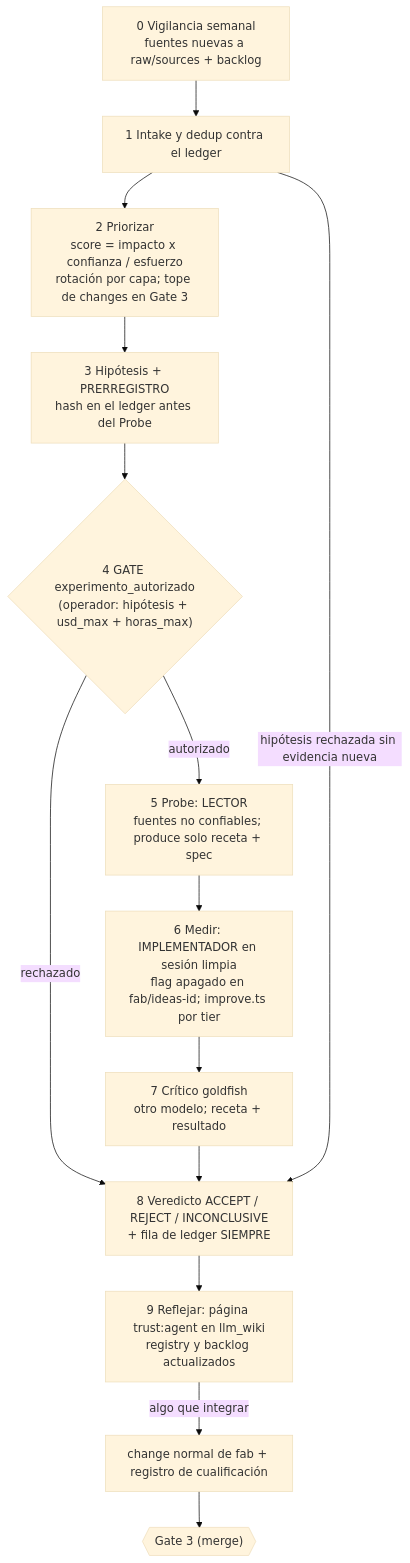
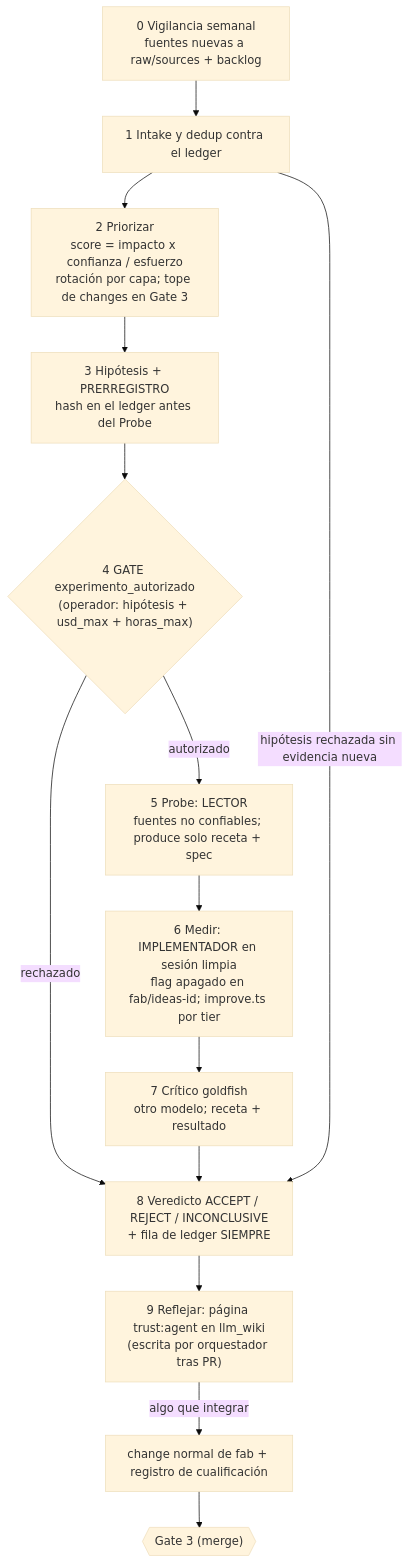
Before and after one commit to DarkCodePE/sw-factory: the second of 3 diagrams in techdocs/docs/investigacion/00-blueprint.md, drawn with Mermaid (base theme). The commit also changed other lines of this file and 10 other files, not shown here.

````diff
--- a/techdocs/docs/investigacion/00-blueprint.md
+++ b/techdocs/docs/investigacion/00-blueprint.md
@@ -65,18 +66,18 @@
 ```mermaid
 flowchart TD
     S0["0 Vigilancia semanal<br/>fuentes nuevas a raw/sources + backlog"] --> S1
     S1["1 Intake y dedup contra el ledger"] --> S2
     S2["2 Priorizar<br/>score = impacto x confianza / esfuerzo<br/>rotación por capa; tope de changes en Gate 3"] --> S3
     S3["3 Hipótesis + PRERREGISTRO<br/>hash en el ledger antes del Probe"] --> S4
     S4{"4 GATE experimento_autorizado<br/>(operador: hipótesis + usd_max + horas_max)"}
     S4 -->|rechazado| S8
     S4 -->|autorizado| S5
     S5["5 Probe: LECTOR<br/>fuentes no confiables; produce solo receta + spec"] --> S6
     S6["6 Medir: IMPLEMENTADOR en sesión limpia<br/>flag apagado en fab/ideas-id; improve.ts por tier"] --> S7
     S7["7 Crítico goldfish<br/>otro modelo; receta + resultado"] --> S8
     S8["8 Veredicto ACCEPT / REJECT / INCONCLUSIVE<br/>+ fila de ledger SIEMPRE"] --> S9
-    S9["9 Reflejar: página trust:agent en llm_wiki<br/>registry y backlog actualizados"]
+    S9["9 Reflejar: página trust:agent en llm_wiki<br/>(escrita por orquestador tras PR)"]
     S9 -->|"algo que integrar"| CH["change normal de fab + registro de cualificación"]
     CH --> G3{{"Gate 3 (merge)"}}
     S1 -->|"hipótesis rechazada sin evidencia nueva"| S8
 ```
````
